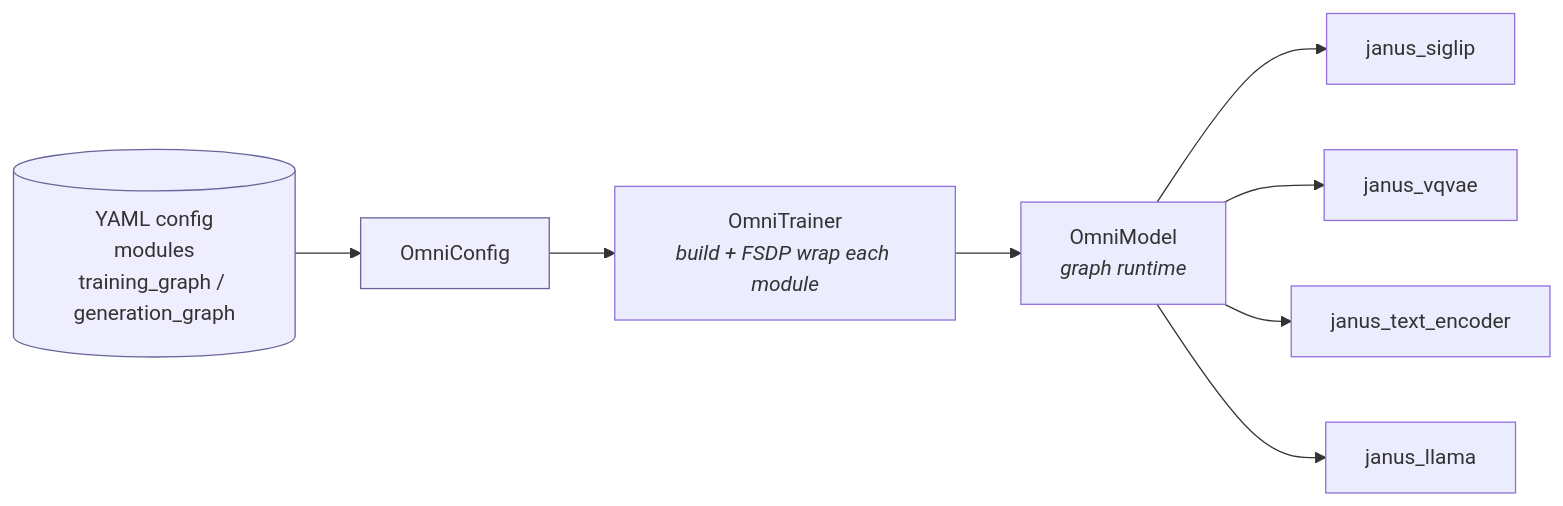
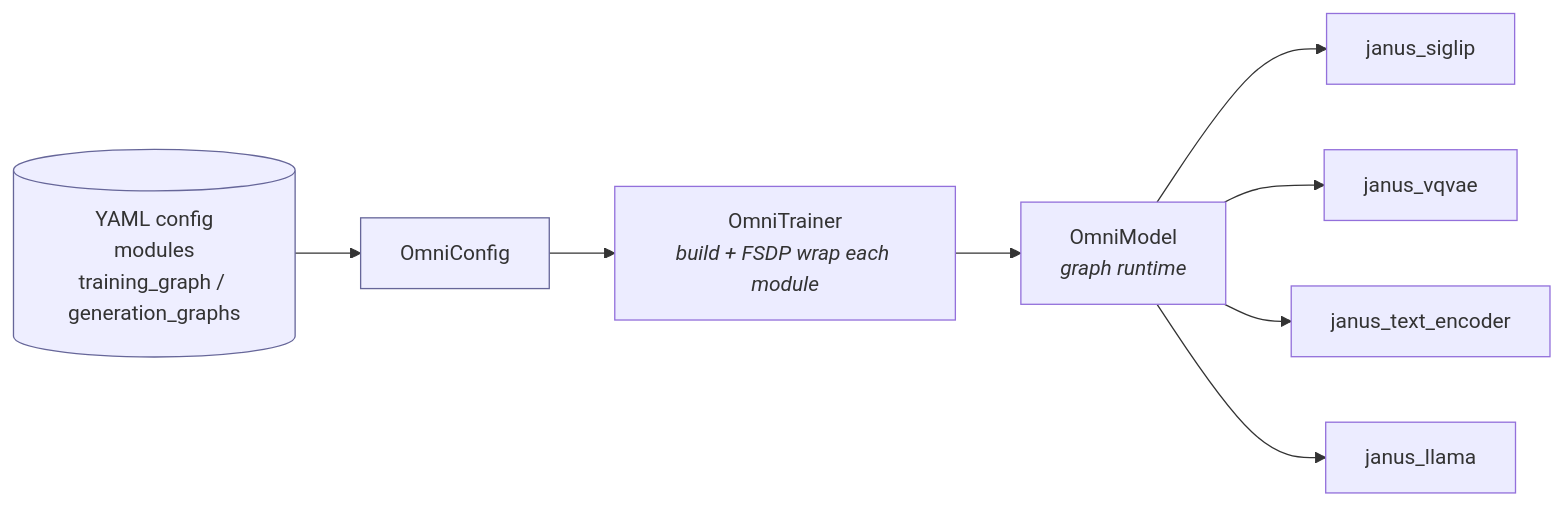
Before and after one commit to ByteDance-Seed/VeOmni: the first of 5 diagrams in docs/seed_omni/seed_omni_v2.md, drawn with Mermaid. The commit also changed other lines of this file and 107 other files, not shown here.

First line of the commit message:
[omni] refactor: split runtime launcher config and unify inference path

````diff
--- a/docs/seed_omni/seed_omni_v2.md
+++ b/docs/seed_omni/seed_omni_v2.md
@@ -27,12 +27,12 @@
 ```mermaid
 flowchart LR
-    YAML[("YAML config<br/>modules<br/>training_graph / generation_graph")] --> CFG[OmniConfig]
+    YAML[("YAML config<br/>modules<br/>training_graph / generation_graphs")] --> CFG[OmniConfig]
     CFG --> TR[OmniTrainer<br/><i>build + FSDP wrap each module</i>]
     TR --> OM[OmniModel<br/><i>graph runtime</i>]
     OM --> M1[janus_siglip]
     OM --> M2[janus_vqvae]
     OM --> M3[janus_text_encoder]
     OM --> M4[janus_llama]
     classDef f fill:#eef,stroke:#669
     class YAML,CFG f
 ```
````
